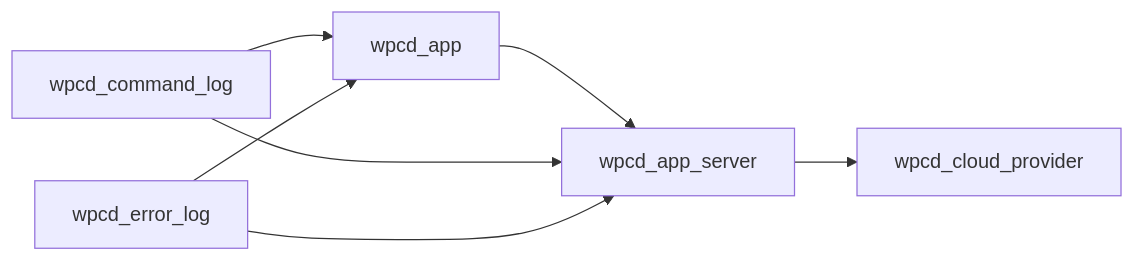
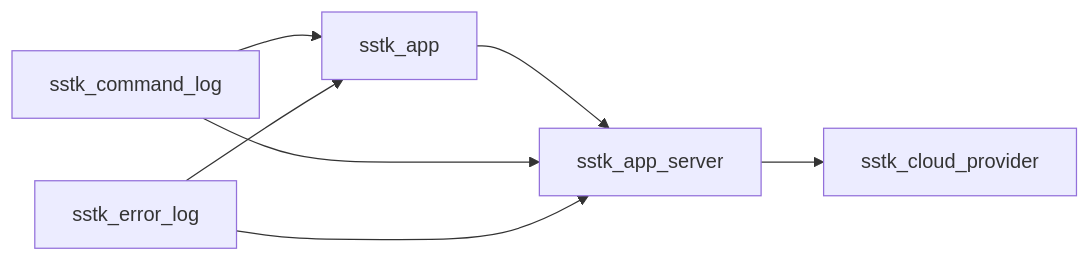
One commit to onedogsolutions/simple-stack changed the tenth of 10 diagrams in .qoder/repowiki/en/content/Core Components/Data Models & Post Types.md. Above: the diagram before and after it, drawn with Mermaid. The commit also changed other lines of this file and 5941 other files, not shown here.

````diff
--- a/.qoder/repowiki/en/content/Core Components/Data Models & Post Types.md
+++ b/.qoder/repowiki/en/content/Core Components/Data Models & Post Types.md
@@ -316,9 +316,9 @@
 ```mermaid
 graph LR
-APP["wpcd_app"] --> SERVER["wpcd_app_server"]
-CMDLOG["wpcd_command_log"] --> SERVER
+APP["sstk_app"] --> SERVER["sstk_app_server"]
+CMDLOG["sstk_command_log"] --> SERVER
 CMDLOG --> APP
-ERRLOG["wpcd_error_log"] --> SERVER
+ERRLOG["sstk_error_log"] --> SERVER
 ERRLOG --> APP
-SERVER --> PROVIDER["wpcd_cloud_provider"]
+SERVER --> PROVIDER["sstk_cloud_provider"]
 ```
````
